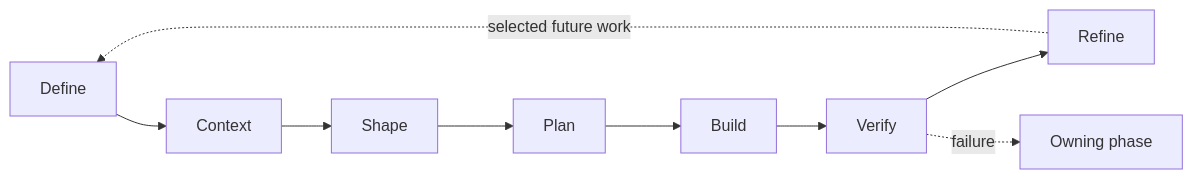
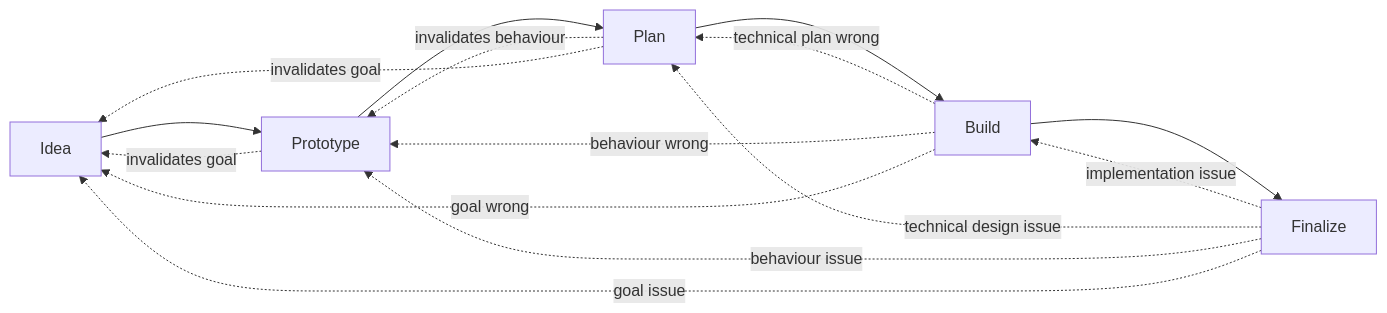
Before and after one commit to techoshik/skills: the diagram in .agents/skills/lifecycle/SKILL.md, drawn with Mermaid. The commit also changed other lines of this file and 46 other files, not shown here.

````diff
--- a/.agents/skills/lifecycle/SKILL.md
+++ b/.agents/skills/lifecycle/SKILL.md
@@ -36,6 +22,14 @@
 ```mermaid
 flowchart LR
-    D[Define] --> C[Context] --> S[Shape] --> P[Plan] --> B[Build] --> V[Verify] --> R[Refine]
-    V -. failure .-> O[Owning phase]
-    R -. selected future work .-> D
+    I[Idea] --> P[Prototype] --> L[Plan] --> B[Build] --> F[Finalize]
+    P -. invalidates goal .-> I
+    L -. invalidates behaviour .-> P
+    L -. invalidates goal .-> I
+    B -. technical plan wrong .-> L
+    B -. behaviour wrong .-> P
+    B -. goal wrong .-> I
+    F -. implementation issue .-> B
+    F -. technical design issue .-> L
+    F -. behaviour issue .-> P
+    F -. goal issue .-> I
 ```
````
